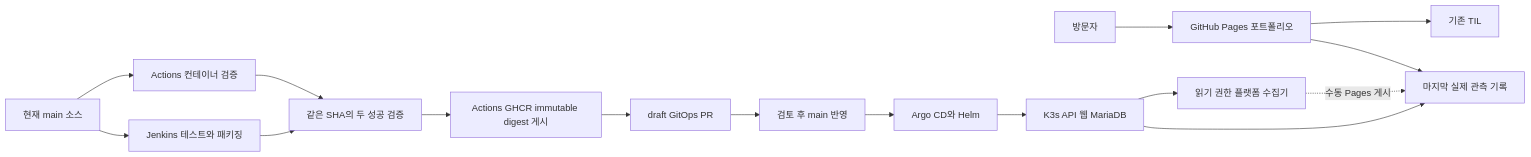
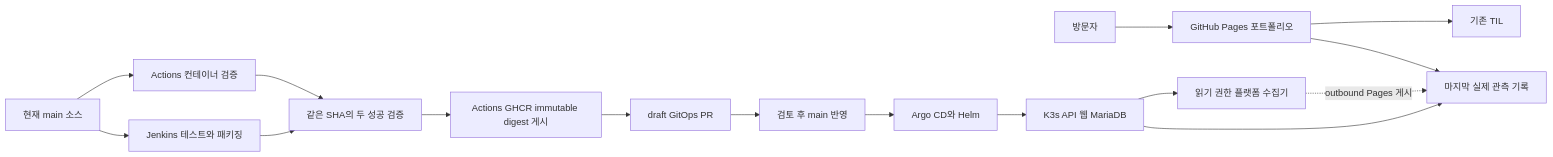
The diagram in README.md (DevDooly/devdooly-platform-lab), drawn with Mermaid before and after one commit. The commit also changed other lines of this file and 12 other files, not shown here.

````diff
--- a/README.md
+++ b/README.md
@@ -48,18 +48,18 @@
 ```mermaid
 flowchart LR
   V[방문자] --> P[GitHub Pages 포트폴리오]
   P --> O[마지막 실제 관측 기록]
   P --> T[기존 TIL]
   C[현재 main 소스] --> J[Jenkins 테스트와 패키징]
   C --> G[Actions 컨테이너 검증]
   J --> V2[같은 SHA의 두 성공 검증]
   G --> V2
   V2 --> R[Actions GHCR immutable digest 게시]
   R --> D[draft GitOps PR]
   D --> M[검토 후 main 반영]
   M --> A[Argo CD와 Helm]
   A --> K[K3s API 웹 MariaDB]
   K --> O
   K --> S[읽기 권한 플랫폼 수집기]
-  S -. 수동 Pages 게시 .-> O
+  S -. outbound Pages 게시 .-> O
 ```
````
